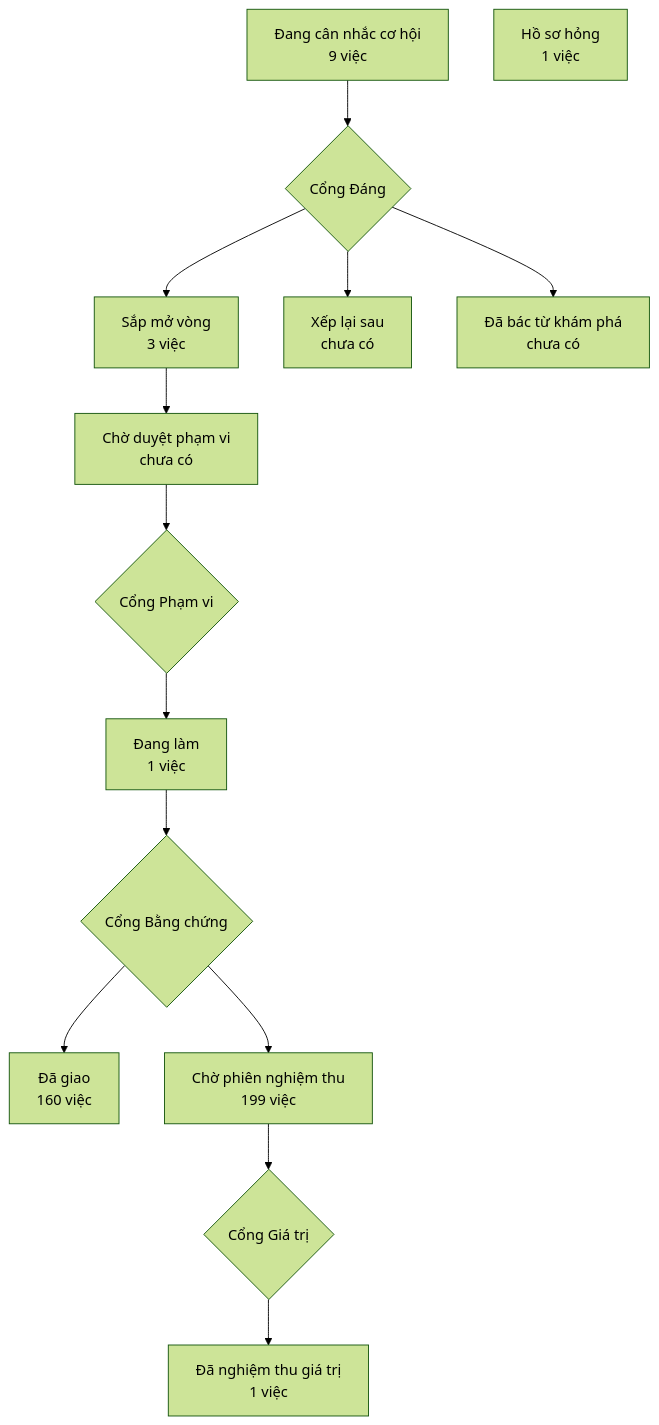
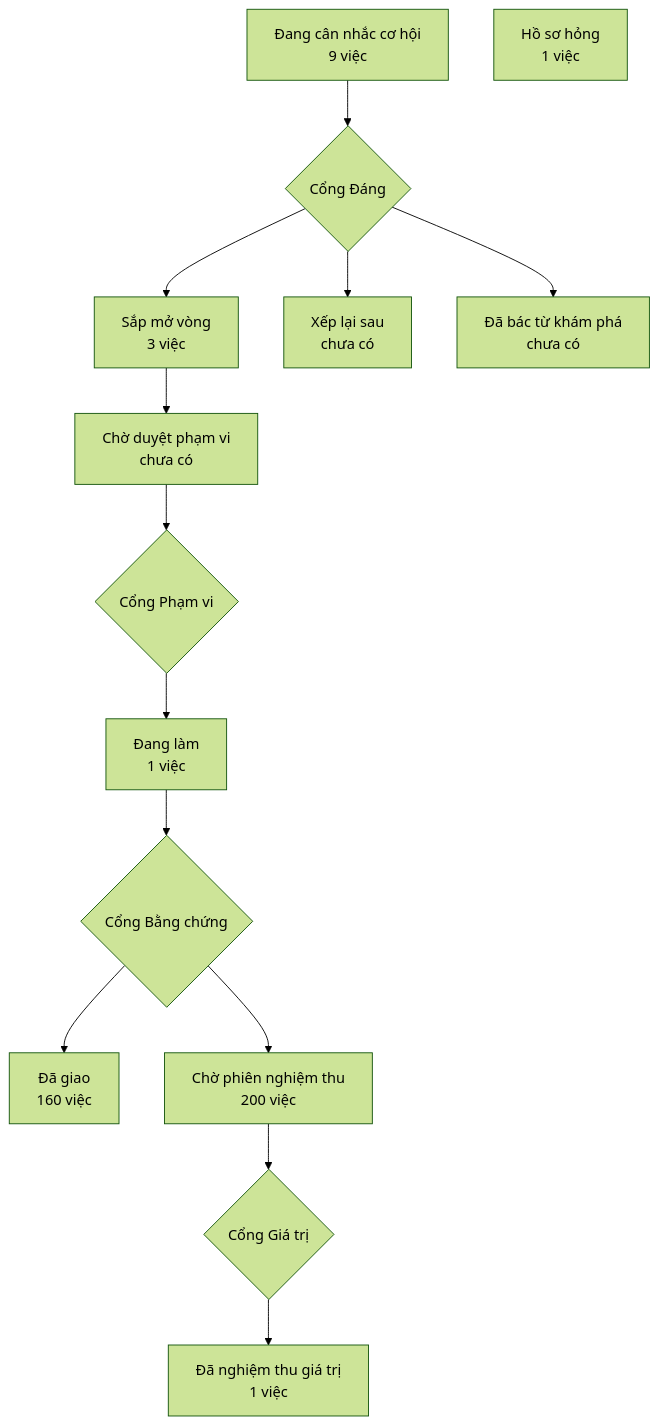
Before and after one commit to phanlemanh/crm-onehub: the diagram in PRODUCT-MAP.md, drawn with Mermaid (forest theme). The commit also changed 1 other file, not shown here.

Commit message:
chore: vẽ lại bản đồ sản phẩm và lộ trình sau gộp onehub 59697fa4e

````diff
--- a/PRODUCT-MAP.md
+++ b/PRODUCT-MAP.md
@@ -7,13 +7,13 @@
 ```mermaid
 flowchart TD
   A["Đang cân nhắc cơ hội<br/>9 việc"] --> GD{"Cổng Đáng"}
   GD --> B["Sắp mở vòng<br/>3 việc"]
   GD --> XL["Xếp lại sau<br/>chưa có"]
   GD --> DB["Đã bác từ khám phá<br/>chưa có"]
   B --> CD["Chờ duyệt phạm vi<br/>chưa có"] --> GP{"Cổng Phạm vi"}
   GP --> DL["Đang làm<br/>1 việc"] --> GB{"Cổng Bằng chứng"}
   GB --> DG["Đã giao<br/>160 việc"]
-  GB --> CN["Chờ phiên nghiệm thu<br/>199 việc"] --> GG{"Cổng Giá trị"}
+  GB --> CN["Chờ phiên nghiệm thu<br/>200 việc"] --> GG{"Cổng Giá trị"}
   GG --> NT["Đã nghiệm thu giá trị<br/>1 việc"]
   HS["Hồ sơ hỏng<br/>1 việc"]
 ```
````
